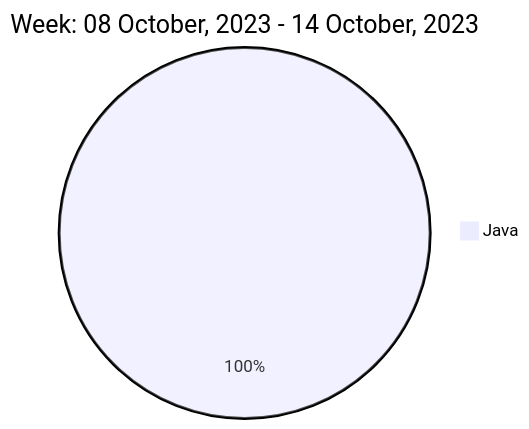
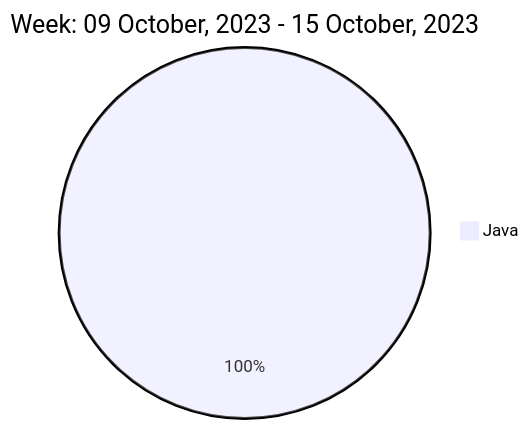
One commit to liubin95/liubin95 changed the diagram in README.md. Above: the diagram before and after it, drawn with Mermaid.

Commit message:
Updated the Graph with new Metrics

````diff
--- a/README.md
+++ b/README.md
@@ -40,5 +40,5 @@
 ```mermaid
  pie
-title Week: 08 October, 2023 - 14 October, 2023
- "Java" : 3.0
+title Week: 09 October, 2023 - 15 October, 2023
+ "Java" : 2.28
 ```
````
